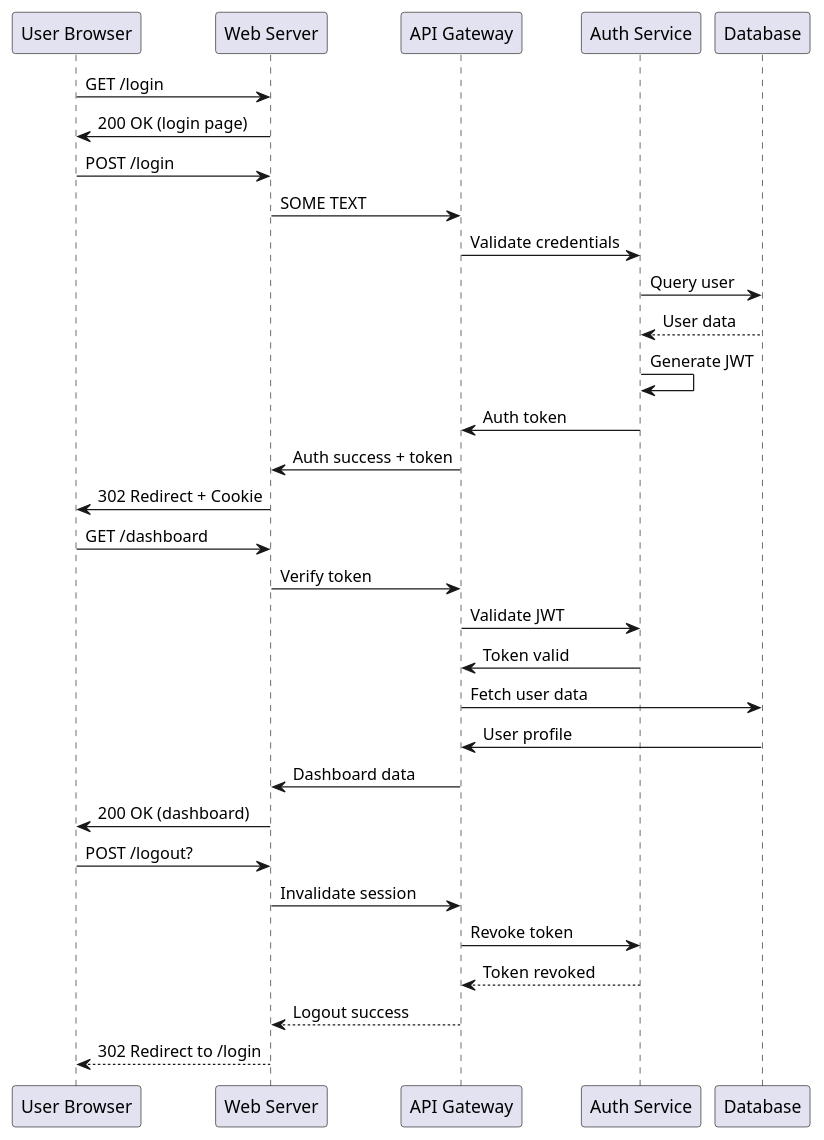
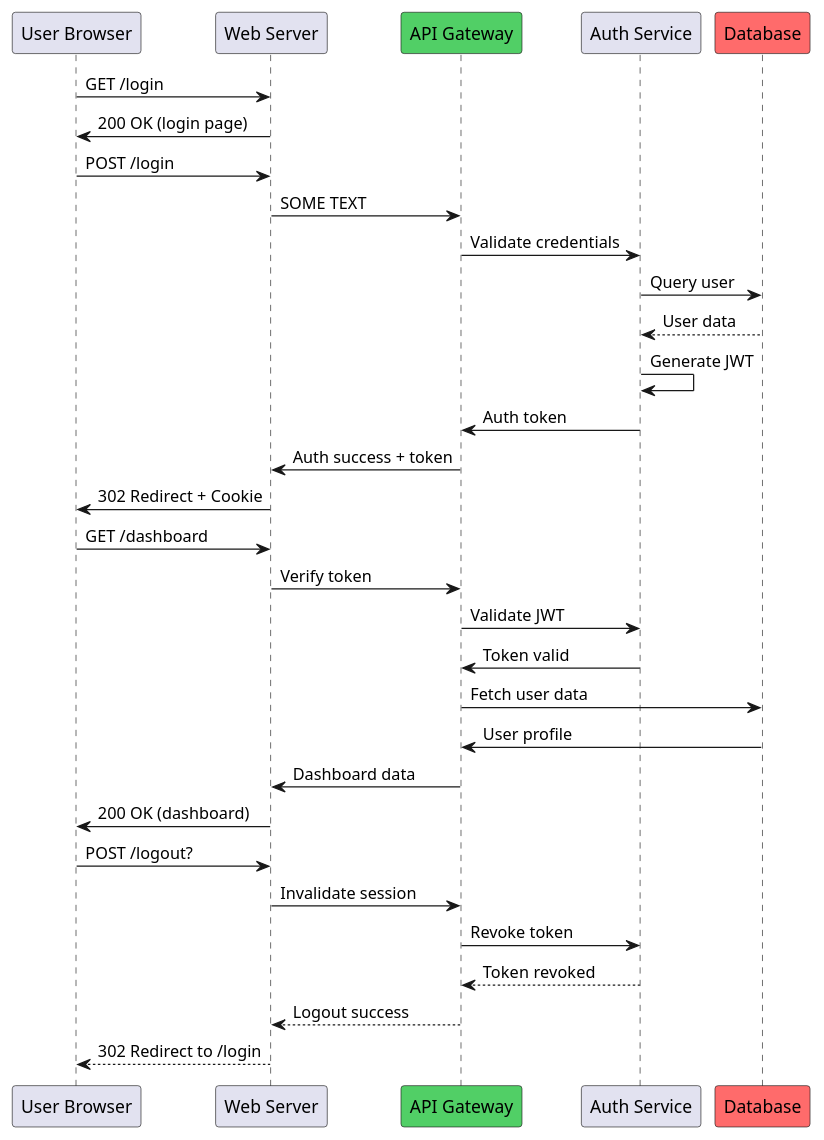
Before and after one commit to kungfusheep/edd: the first of 2 diagrams in ROADMAP.md, drawn with PlantUML. The commit also changed 3 other files, not shown here.

Commit message:
editing diagrams inside markdown blocks

````diff
--- a/ROADMAP.md
+++ b/ROADMAP.md
@@ -48,39 +48,39 @@
 ```plantuml
 @startuml
 skinparam backgroundColor white
 skinparam shadowing false
 
 participant "User Browser" as P0
 participant "Web Server" as P1
-participant "API Gateway" as P2
+participant "API Gateway" as P2 #51CF66
 participant "Auth Service" as P3
-participant "Database" as P4
+participant "Database" as P4 #FF6B6B
 
 P0 -> P1 : GET /login
 P1 -> P0 : 200 OK (login page)
 P0 -> P1 : POST /login
 P1 -> P2 : SOME TEXT
 P2 -> P3 : Validate credentials
 P3 -> P4 : Query user
 P4 --> P3 : User data
 P3 -> P3 : Generate JWT
 P3 -> P2 : Auth token
 P2 -> P1 : Auth success + token
 P1 -> P0 : 302 Redirect + Cookie
 P0 -> P1 : GET /dashboard
 P1 -> P2 : Verify token
 P2 -> P3 : Validate JWT
 P3 -> P2 : Token valid
 P2 -> P4 : Fetch user data
 P4 -> P2 : User profile
 P2 -> P1 : Dashboard data
 P1 -> P0 : 200 OK (dashboard)
 P0 -> P1 : POST /logout?
 P1 -> P2 : Invalidate session
 P2 -> P3 : Revoke token
 P3 --> P2 : Token revoked
 P2 --> P1 : Logout success
 P1 --> P0 : 302 Redirect to /login
 @enduml
 
 ```
````
